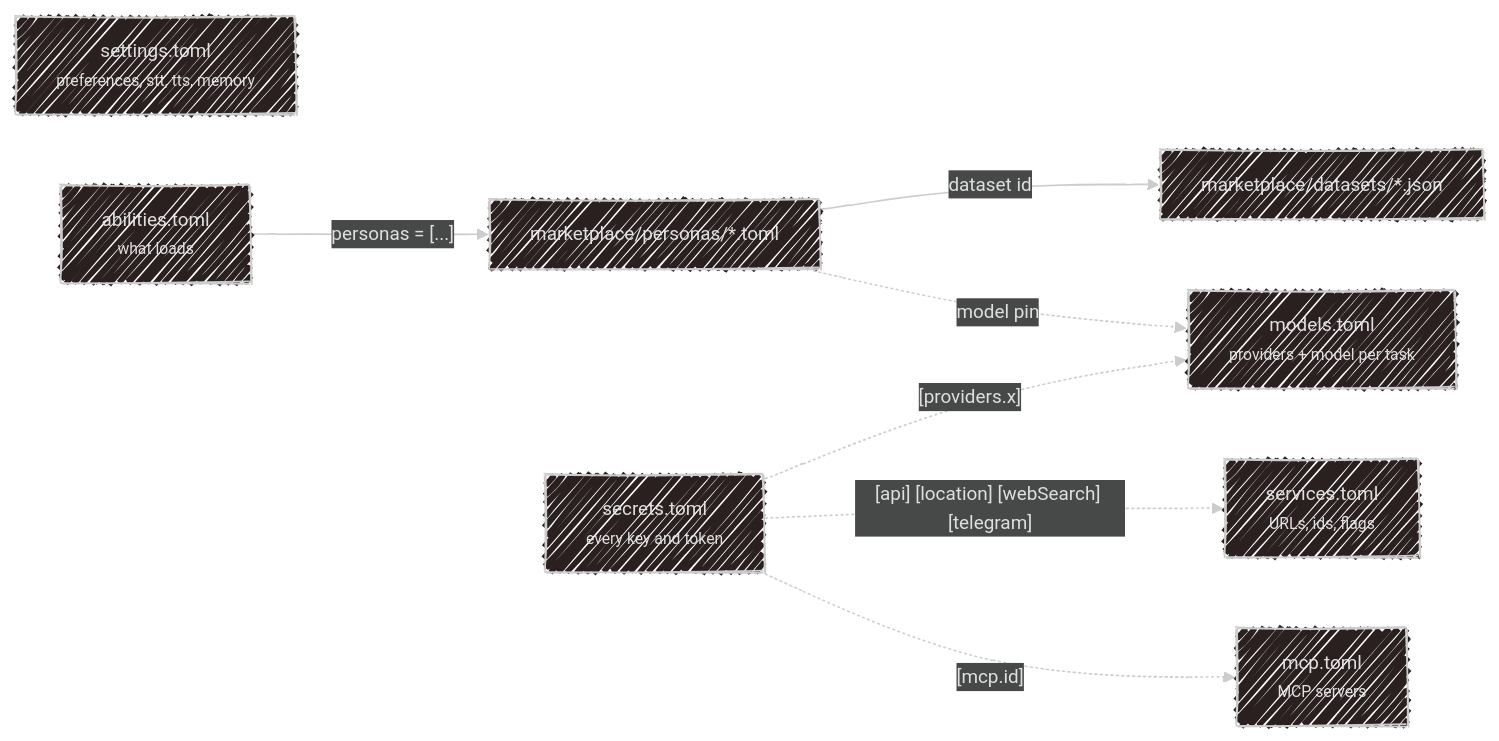
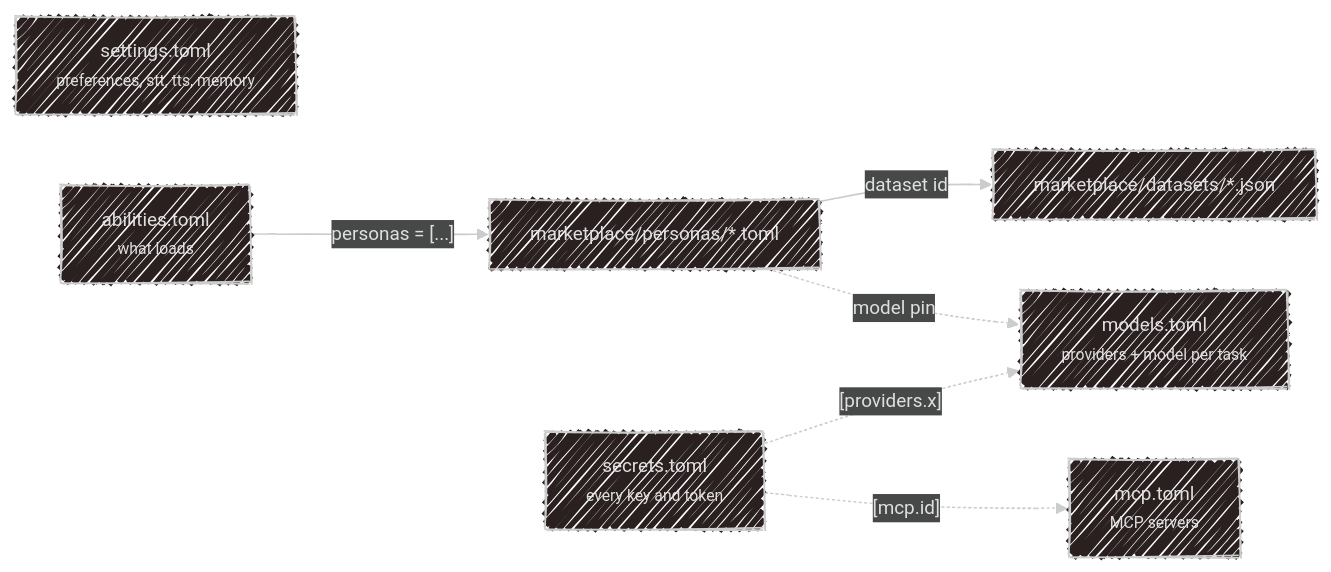
The diagram in docs/configuration.md (SubZtep/kaja), drawn with Mermaid before and after one commit. The commit also changed other lines of this file and 100 other files, not shown here.

````diff
--- a/docs/configuration.md
+++ b/docs/configuration.md
@@ -45,23 +45,21 @@
 ```mermaid
 ---
 config:
   look: handDrawn
   theme: neo-dark
 ---
 flowchart LR
     S["settings.toml<br><small>preferences, stt, tts, memory</small>"]
     M["models.toml<br><small>providers + model per task</small>"]
-    V["services.toml<br><small>URLs, ids, flags</small>"]
     C["mcp.toml<br><small>MCP servers</small>"]
     P["marketplace/personas/*.toml"]
     G["abilities.toml<br><small>what loads</small>"]
     D["marketplace/datasets/*.json"]
     K["secrets.toml<br><small>every key and token</small>"]
 
     K -.->|"[providers.x]"| M
-    K -.->|"[api] [location] [webSearch] [telegram]"| V
     K -.->|"[mcp.id]"| C
     P -->|"dataset id"| D
     P -.->|"model pin"| M
     G -->|"personas = [...]"| P
 ```
````
